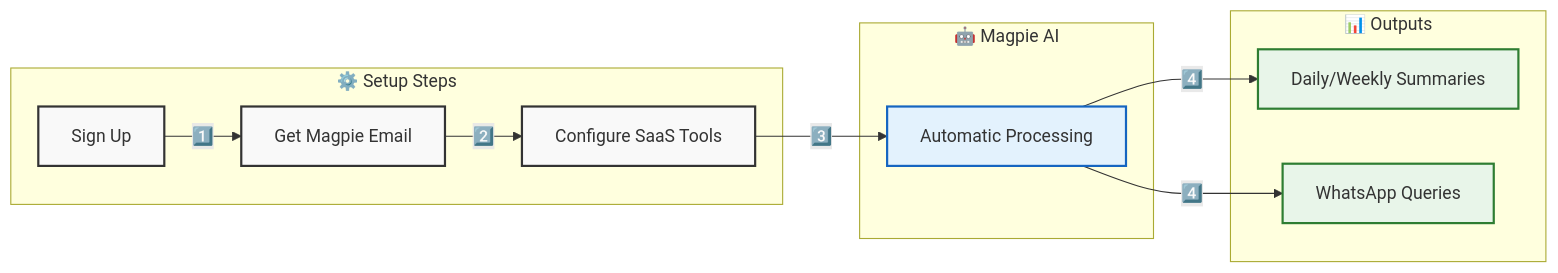
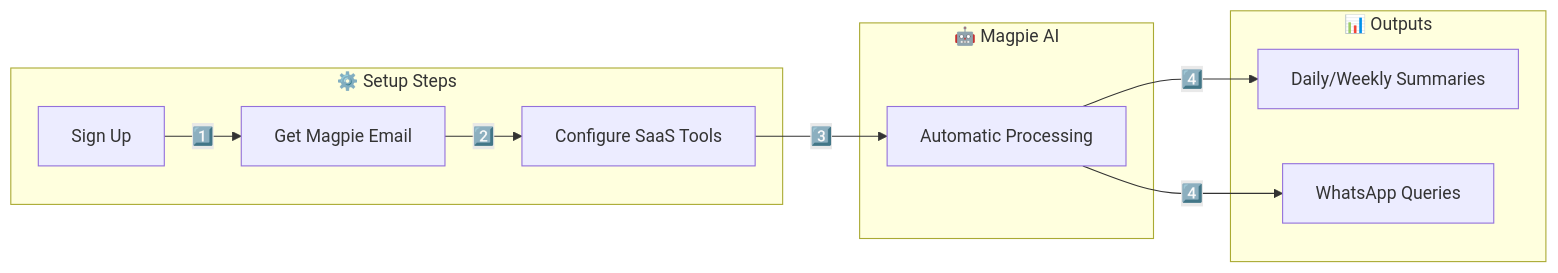
Before and after one commit to fly-magpie/.github: the diagram in profile/README.md, drawn with Mermaid. The commit also changed other lines of this file, not shown here.

````diff
--- a/profile/README.md
+++ b/profile/README.md
@@ -58,32 +34,24 @@
 ```mermaid
 flowchart LR
     A[Sign Up] -->|"1️⃣"| B[Get Magpie Email]
     B -->|"2️⃣"| C[Configure SaaS Tools]
     C -->|"3️⃣"| D[Automatic Processing]
     
     D -->|"4️⃣"| E[Daily/Weekly Summaries]
     D -->|"4️⃣"| F[WhatsApp Queries]
     
     subgraph "📊 Outputs"
         E
         F
     end
     
     subgraph "⚙️ Setup Steps"
         A
         B
         C
     end
     
     subgraph "🤖 Magpie AI"
         D
     end
-    
-    %% Styling
-    classDef default fill:#f9f9f9,stroke:#333,stroke-width:2px;
-    classDef highlight fill:#e3f2fd,stroke:#1565c0,stroke-width:2px;
-    classDef output fill:#e8f5e9,stroke:#2e7d32,stroke-width:2px;
-    
-    class D highlight;
-    class E,F output;
 ```
````
